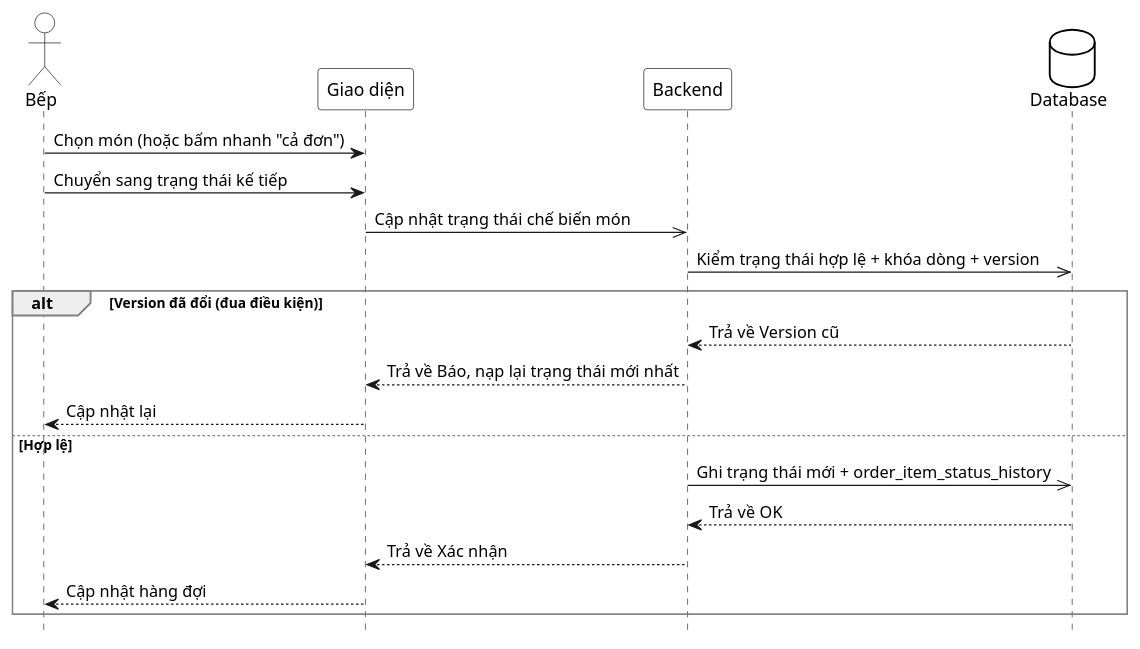
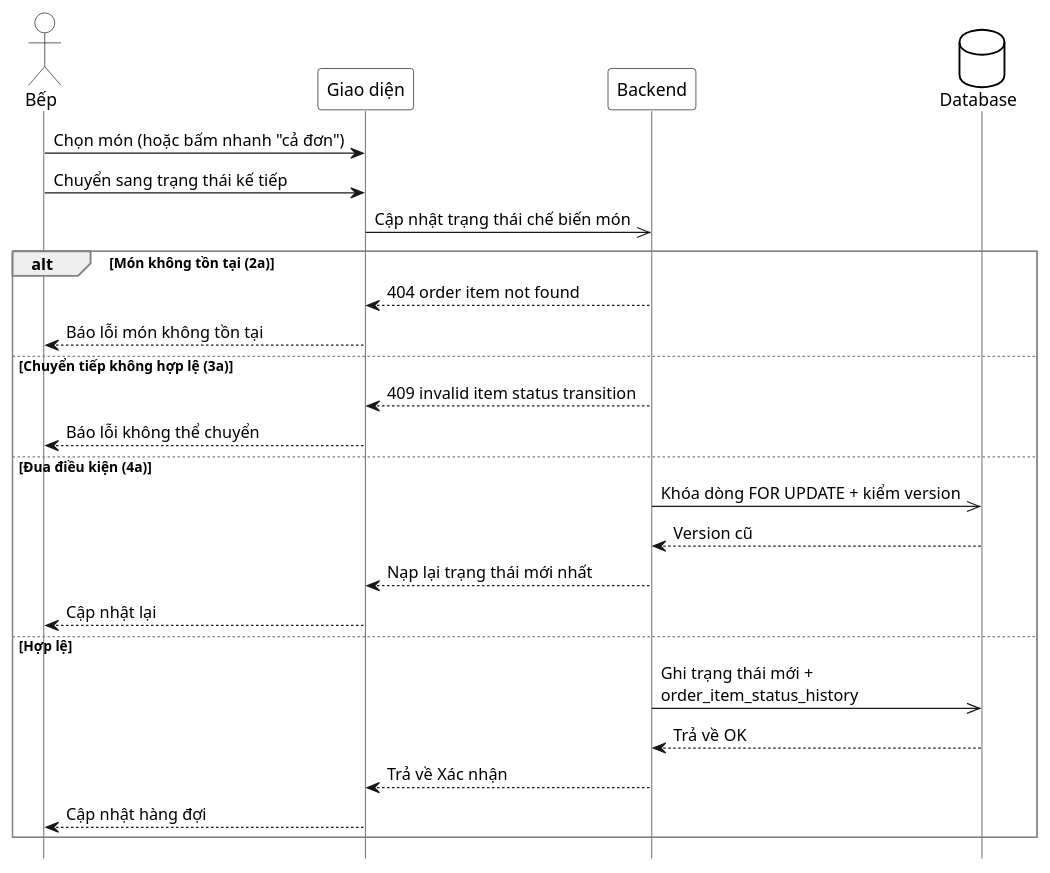
Before and after one commit to thanhhoa3514/restaurant-management: the diagram in docs/use-cases/uc-bep-17-cap-nhat-trang-thai-mon.md, drawn with PlantUML. The commit also changed other lines of this file and 98 other files, not shown here.

````diff
--- a/docs/use-cases/uc-bep-17-cap-nhat-trang-thai-mon.md
+++ b/docs/use-cases/uc-bep-17-cap-nhat-trang-thai-mon.md
@@ -54,39 +57,50 @@
 ```plantuml
 @startuml
 hide footbox
+skinparam lifelineStrategy solid
+skinparam lifeline {
+ BorderColor Gray
+ BorderThickness 1
+}
 skinparam participant {
  BackgroundColor White
  BorderColor Black
 }
 skinparam actor {
  BackgroundColor White
  BorderColor Black
 }
 skinparam database {
  BackgroundColor White
  BorderColor Black
 }
 skinparam sequenceGroupBorderThickness 1
 skinparam sequenceGroupBorderColor Gray
 actor "Bếp" as A
 participant "Giao diện" as UI
 participant "Backend" as BE
 database "Database" as DB
 
 A -> UI : Chọn món (hoặc bấm nhanh "cả đơn")
 A -> UI : Chuyển sang trạng thái kế tiếp
 UI ->> BE : Cập nhật trạng thái chế biến món
-BE ->> DB : Kiểm trạng thái hợp lệ + khóa dòng + version
 
-alt Version đã đổi (đua điều kiện)
- DB --> BE : Trả về Version cũ
- BE --> UI : Trả về Báo, nạp lại trạng thái mới nhất
+alt Món không tồn tại (2a)
+ BE --> UI : 404 order item not found
+ UI --> A : Báo lỗi món không tồn tại
+else Chuyển tiếp không hợp lệ (3a)
+ BE --> UI : 409 invalid item status transition
+ UI --> A : Báo lỗi không thể chuyển
+else Đua điều kiện (4a)
+ BE ->> DB : Khóa dòng FOR UPDATE + kiểm version
+ DB --> BE : Version cũ
+ BE --> UI : Nạp lại trạng thái mới nhất
  UI --> A : Cập nhật lại
 else Hợp lệ
- BE ->> DB : Ghi trạng thái mới + order_item_status_history
+ BE ->> DB : Ghi trạng thái mới +\norder_item_status_history
  DB --> BE : Trả về OK
  BE --> UI : Trả về Xác nhận
  UI --> A : Cập nhật hàng đợi
 end
 @enduml
 ```
````
